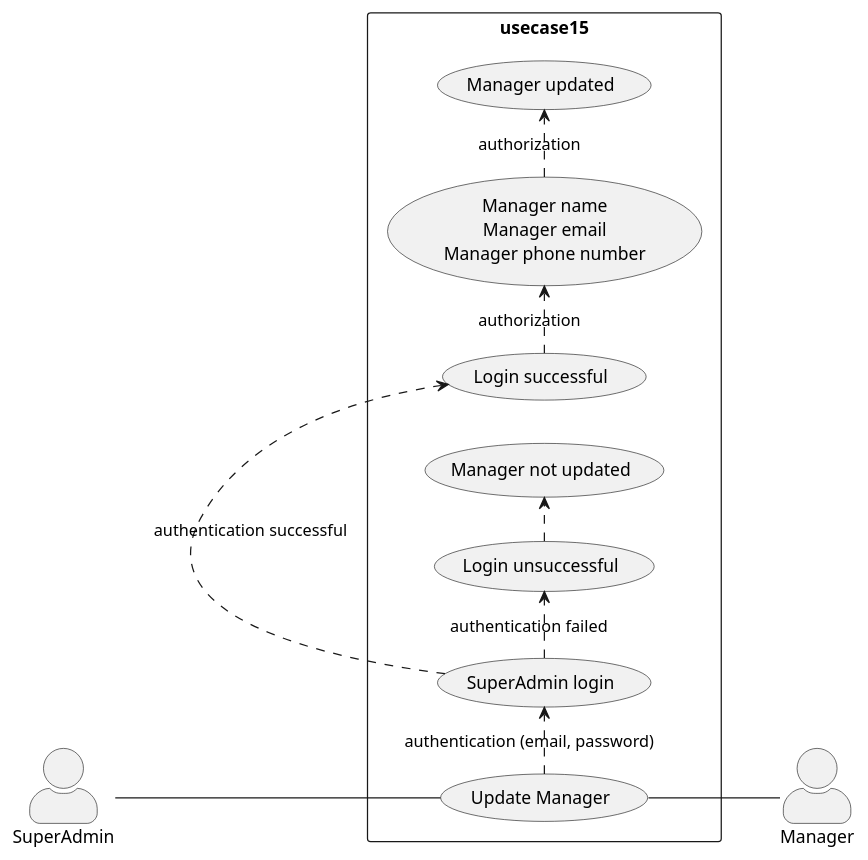
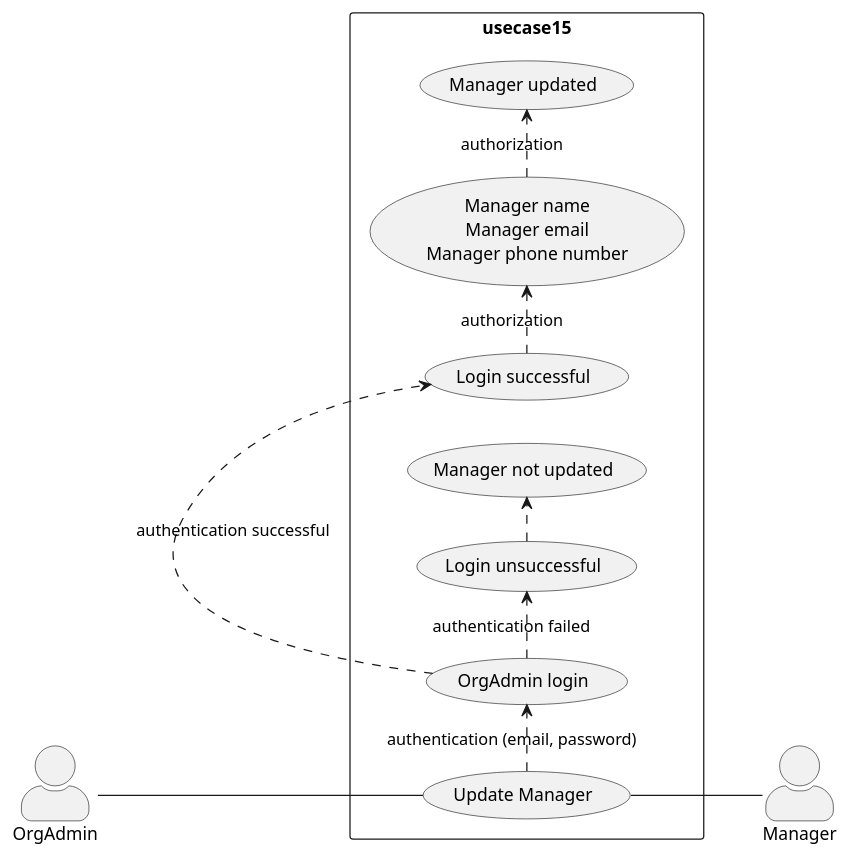
The diagram in 15_org_admin_usecase15.wsd (wawerualbert/CodeHub), drawn with PlantUML before and after one commit. The commit also changed 5 other files, not shown here.

```diff
--- a/15_org_admin_usecase15.wsd
+++ b/15_org_admin_usecase15.wsd
@@ -1,21 +1,21 @@
 @startuml OrgAdmin Update Manager
 
 skinparam actorStyle awesome
 left to right direction
 skinparam packageStyle rectangle
 
-actor SuperAdmin
+actor OrgAdmin
 actor Manager
 
 rectangle usecase15{
-  SuperAdmin-- (Update Manager)
-  (Update Manager) .> (SuperAdmin login) : authentication (email, password)
-  (SuperAdmin login) .> (Login successful) : authentication successful
+  OrgAdmin-- (Update Manager)
+  (Update Manager) .> (OrgAdmin login) : authentication (email, password)
+  (OrgAdmin login) .> (Login successful) : authentication successful
   (Login successful) .> (Manager name\nManager email\nManager phone number) : authorization
   (Manager name\nManager email\nManager phone number) .> (Manager updated) : authorization 
-  (SuperAdmin login) .> (Login unsuccessful) : authentication failed
+  (OrgAdmin login) .> (Login unsuccessful) : authentication failed
   (Login unsuccessful) .> (Manager not updated)  
   (Update Manager)-- Manager
 }
 
 @enduml
```
